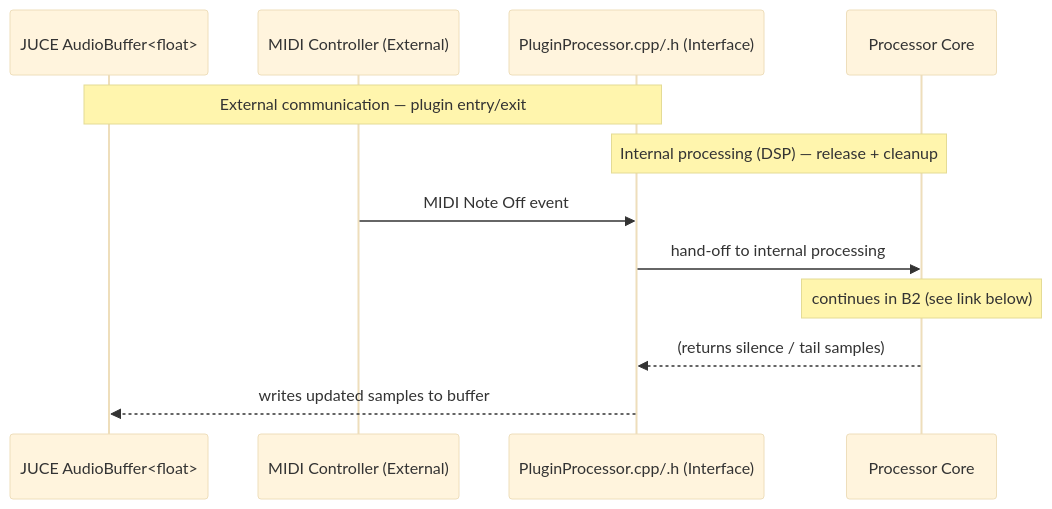
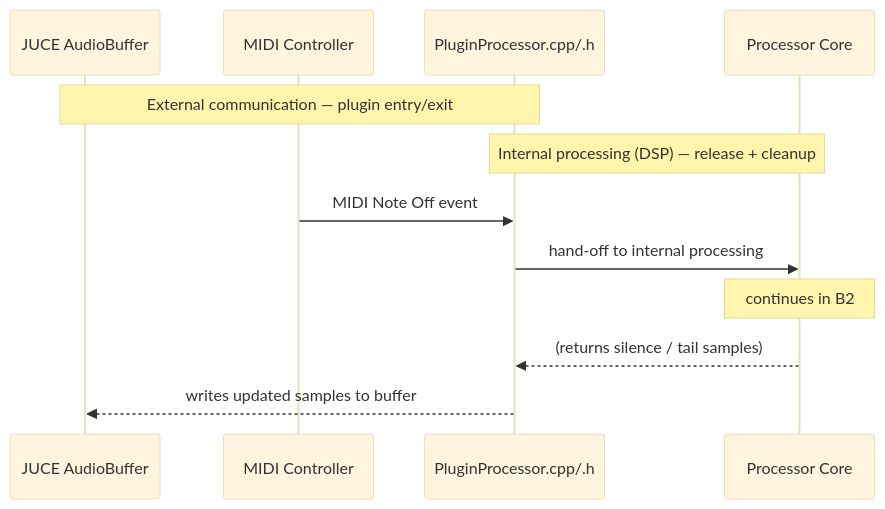
The third of 6 diagrams in docs/architecture.md (TYLERSFOSTER/MIDIControl001), drawn with Mermaid (base theme) before and after one commit. The commit also changed other lines of this file, not shown here.

Commit message:
architecture.md updated

````diff
--- a/docs/architecture.md
+++ b/docs/architecture.md
@@ -100,15 +101,15 @@
 ```mermaid
 sequenceDiagram
-participant Buffer as JUCE AudioBuffer<float>
-participant MIDI as MIDI Controller (External)
-participant PluginProcessor as PluginProcessor.cpp/.h (Interface)
+participant Buffer as JUCE AudioBuffer
+participant MIDI as MIDI Controller
+participant PluginProcessor as PluginProcessor.cpp/.h
 participant Ref as Processor Core
 
 Note over Buffer,PluginProcessor: External communication — plugin entry/exit
 Note over PluginProcessor,Ref: Internal processing (DSP) — release + cleanup
 MIDI->>PluginProcessor: MIDI Note Off event
 PluginProcessor->>Ref: hand-off to internal processing
-Note over Ref: continues in B2 (see link below)
+Note over Ref: continues in B2
 Ref-->>PluginProcessor: (returns silence / tail samples)
 PluginProcessor-->>Buffer: writes updated samples to buffer
 ```
````
